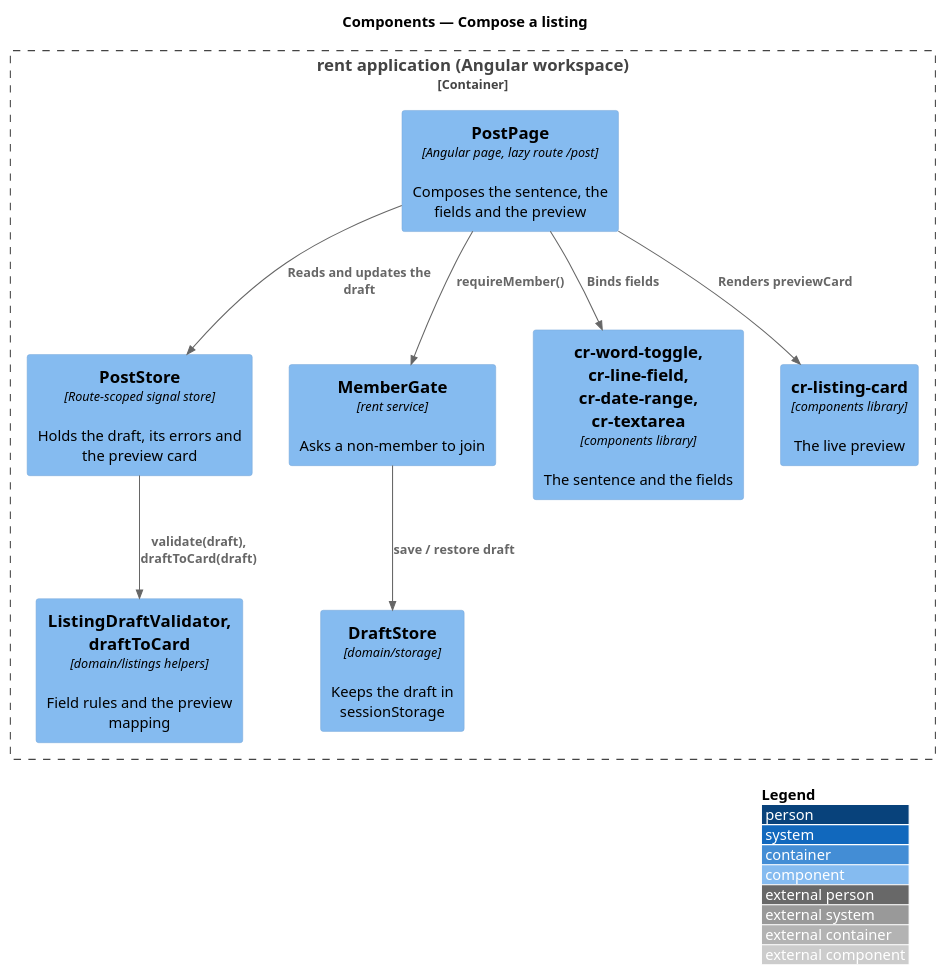
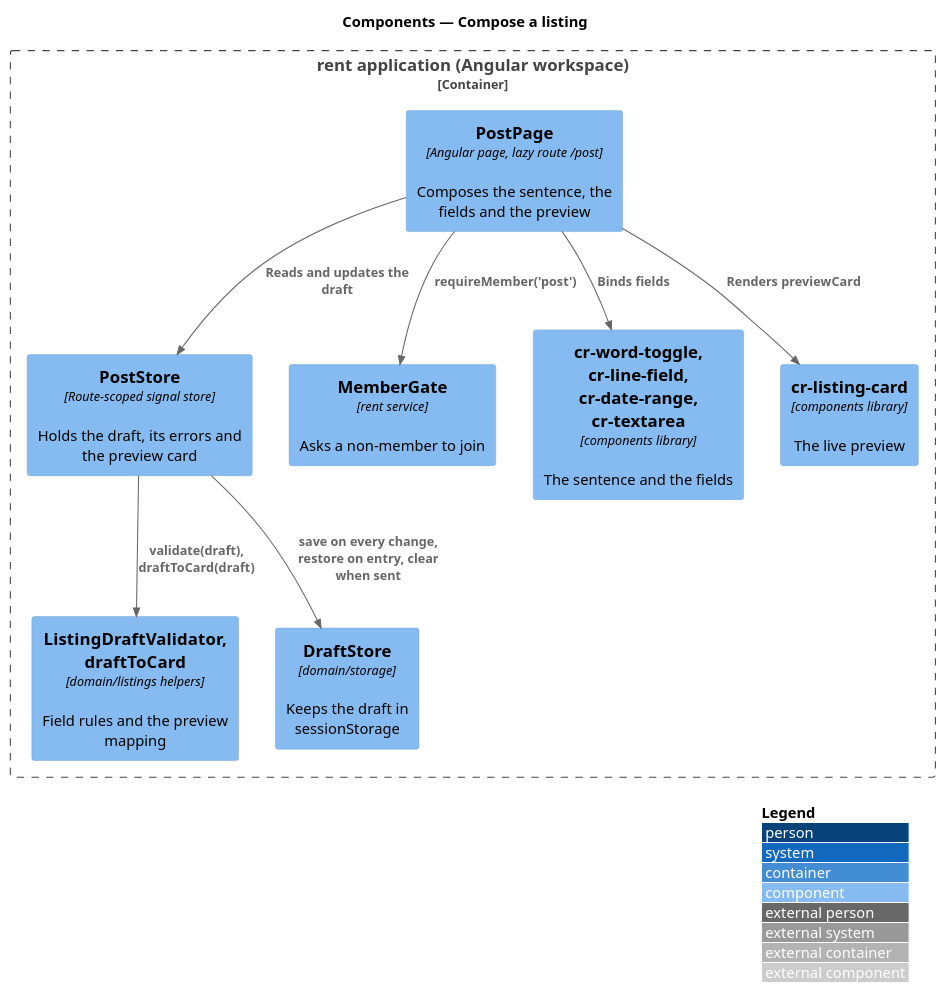
Before and after one commit to QuinntyneBrown/christian-rent: the diagram in docs/detailed-designs/post/compose-listing/diagrams/c4-component.puml, drawn with PlantUML. The commit also changed 18 other files, not shown here.

```diff
--- a/docs/detailed-designs/post/compose-listing/diagrams/c4-component.puml
+++ b/docs/detailed-designs/post/compose-listing/diagrams/c4-component.puml
@@ -1,21 +1,21 @@
 @startuml
 !include <C4/C4_Component>
 LAYOUT_WITH_LEGEND()
 title Components — Compose a listing
 
 Container_Boundary(spa, "rent application (Angular workspace)") {
   Component(page, "PostPage", "Angular page, lazy route /post", "Composes the sentence, the fields and the preview")
   Component(store, "PostStore", "Route-scoped signal store", "Holds the draft, its errors and the preview card")
   Component(val, "ListingDraftValidator, draftToCard", "domain/listings helpers", "Field rules and the preview mapping")
   Component(drafts, "DraftStore", "domain/storage", "Keeps the draft in sessionStorage")
   Component(gate, "MemberGate", "rent service", "Asks a non-member to join")
   Component(ui, "cr-word-toggle, cr-line-field, cr-date-range, cr-textarea", "components library", "The sentence and the fields")
   Component(card, "cr-listing-card", "components library", "The live preview")
 }
 Rel(page, ui, "Binds fields")
 Rel(page, card, "Renders previewCard")
 Rel(page, store, "Reads and updates the draft")
 Rel(store, val, "validate(draft), draftToCard(draft)")
-Rel(page, gate, "requireMember()")
-Rel(gate, drafts, "save / restore draft")
+Rel(page, gate, "requireMember('post')")
+Rel(store, drafts, "save on every change, restore on entry, clear when sent")
 @enduml
```
